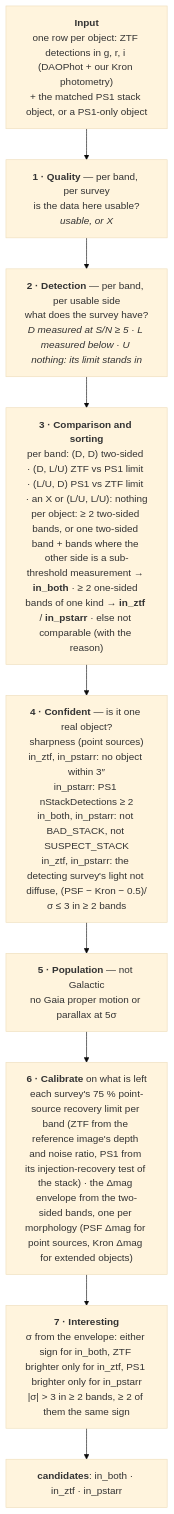
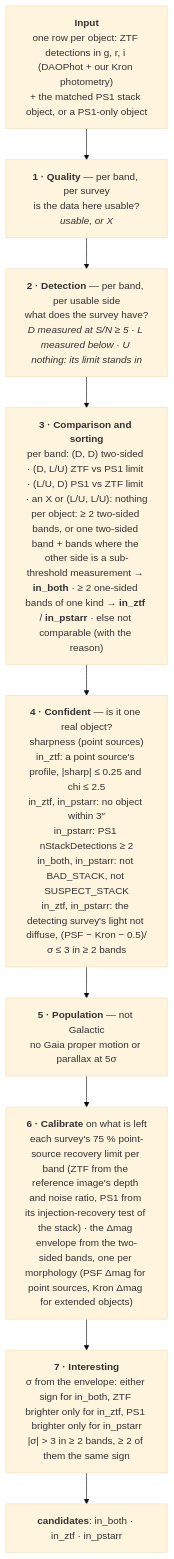
One commit to Adam-Boesky/long_transients2 changed the diagram in README.md. Above: the diagram before and after it, drawn with Mermaid (base theme). The commit also changed 6 other files, not shown here.

First line of the commit message:
Require a point source's profile of in_ztf objects: |sharp| <= 0.25, median chi <= 2.5

````diff
--- a/README.md
+++ b/README.md
@@ -5,13 +5,13 @@
 ```mermaid
 flowchart TD
     IN["<b>Input</b><br/>one row per object: ZTF detections in g, r, i (DAOPhot + our Kron photometry)<br/>+ the matched PS1 stack object, or a PS1-only object"]
     Q["<b>1 · Quality</b> — per band, per survey<br/>is the data here usable?<br/><i>usable, or X</i>"]
     D["<b>2 · Detection</b> — per band, per usable side<br/>what does the survey have?<br/><i>D measured at S/N ≥ 5 · L measured below · U nothing: its limit stands in</i>"]
     S["<b>3 · Comparison and sorting</b><br/>per band: (D, D) two-sided · (D, L/U) ZTF vs PS1 limit · (L/U, D) PS1 vs ZTF limit · an X or (L/U, L/U): nothing<br/>per object: ≥ 2 two-sided bands, or one two-sided band + bands where the other side is a sub-threshold measurement → <b>in_both</b> · ≥ 2 one-sided bands of one kind → <b>in_ztf</b> / <b>in_pstarr</b> · else not comparable (with the reason)"]
-    CONF["<b>4 · Confident</b> — is it one real object?<br/>sharpness (point sources)<br/>in_ztf, in_pstarr: no object within 3″<br/>in_pstarr: PS1 nStackDetections ≥ 2<br/>in_both, in_pstarr: not BAD_STACK, not SUSPECT_STACK<br/>in_ztf, in_pstarr: the detecting survey's light not diffuse, (PSF − Kron − 0.5)/σ ≤ 3 in ≥ 2 bands"]
+    CONF["<b>4 · Confident</b> — is it one real object?<br/>sharpness (point sources)<br/>in_ztf: a point source's profile, |sharp| ≤ 0.25 and chi ≤ 2.5<br/>in_ztf, in_pstarr: no object within 3″<br/>in_pstarr: PS1 nStackDetections ≥ 2<br/>in_both, in_pstarr: not BAD_STACK, not SUSPECT_STACK<br/>in_ztf, in_pstarr: the detecting survey's light not diffuse, (PSF − Kron − 0.5)/σ ≤ 3 in ≥ 2 bands"]
     POP["<b>5 · Population</b> — not Galactic<br/>no Gaia proper motion or parallax at 5σ"]
     CAL["<b>6 · Calibrate</b> on what is left<br/>each survey's 75 % point-source recovery limit per band (ZTF from the reference image's depth and noise ratio, PS1 from its injection-recovery test of the stack) · the Δmag envelope from the two-sided bands, one per morphology (PSF Δmag for point sources, Kron Δmag for extended objects)"]
     INT["<b>7 · Interesting</b><br/>σ from the envelope: either sign for in_both, ZTF brighter only for in_ztf, PS1 brighter only for in_pstarr<br/>|σ| > 3 in ≥ 2 bands, ≥ 2 of them the same sign"]
     OUT["<b>candidates</b>: in_both · in_ztf · in_pstarr"]
     IN --> Q --> D --> S --> CONF --> POP --> CAL --> INT --> OUT
 ```
````
